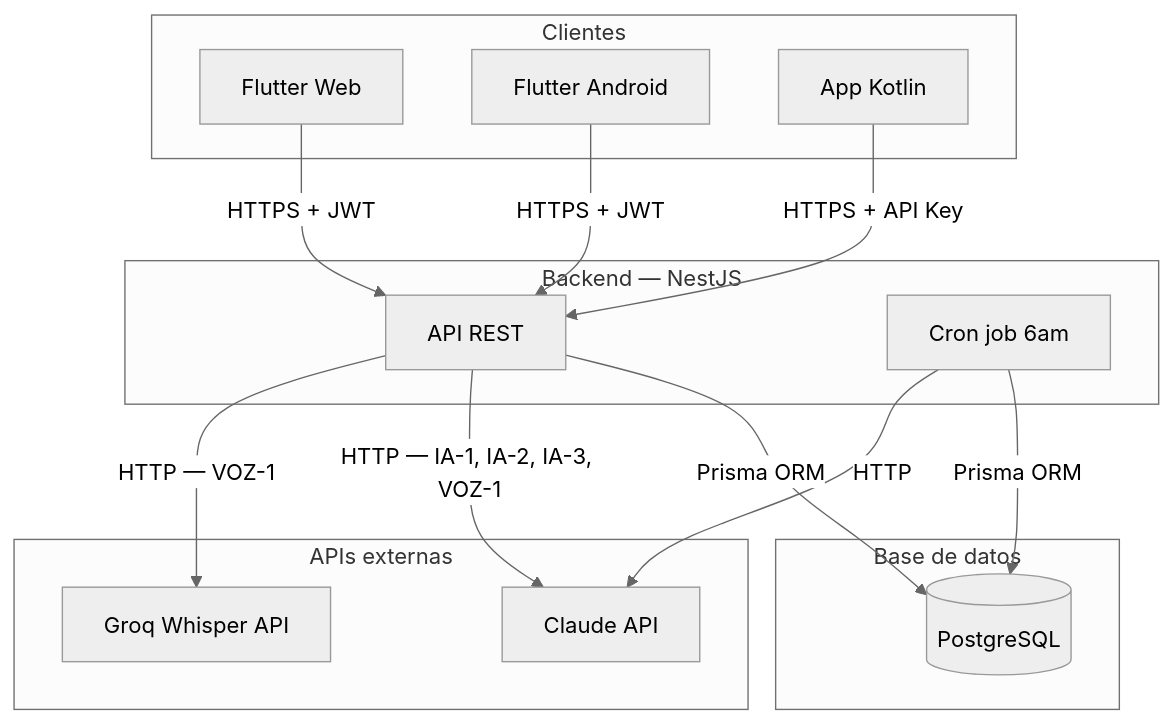
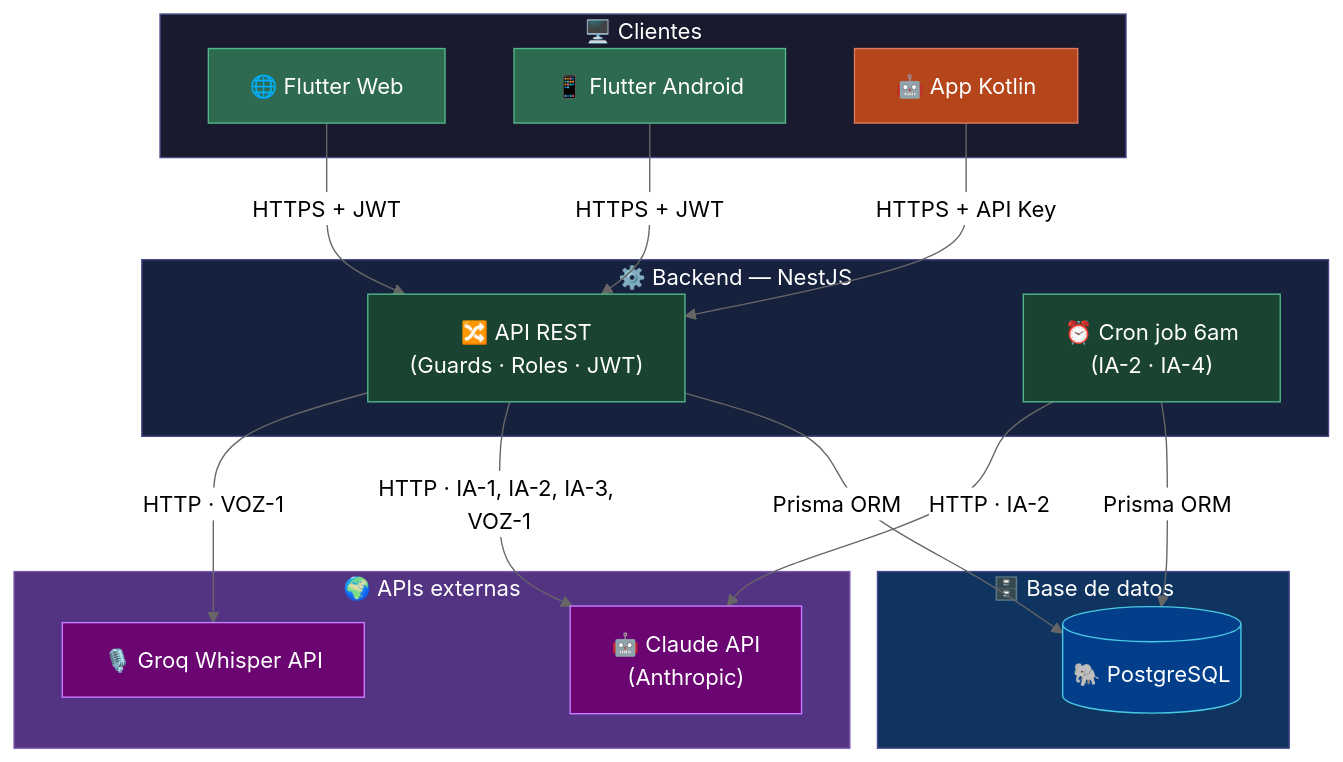
Before and after one commit to JosepRivera/smartbite-api: the first of 5 diagrams in docs/architecture.md, drawn with Mermaid (neutral theme). The commit also changed other lines of this file and 17 other files, not shown here.

````diff
--- a/docs/architecture.md
+++ b/docs/architecture.md
@@ -8,33 +10,46 @@
 ```mermaid
 graph TB
-  subgraph Clientes
-    FW[Flutter Web]
-    FA[Flutter Android]
-    KA[App Kotlin]
+  subgraph Clientes["🖥️ Clientes"]
+    FW["🌐 Flutter Web"]
+    FA["📱 Flutter Android"]
+    KA["🤖 App Kotlin"]
   end
 
-  subgraph Backend["Backend — NestJS"]
-    API[API REST]
-    SCHED[Cron job 6am]
+  subgraph Backend["⚙️ Backend — NestJS"]
+    API["🔀 API REST\n(Guards · Roles · JWT)"]
+    SCHED["⏰ Cron job 6am\n(IA-2 · IA-4)"]
   end
 
-  subgraph DB["Base de datos"]
-    PG[(PostgreSQL)]
+  subgraph DB["🗄️ Base de datos"]
+    PG[("🐘 PostgreSQL")]
   end
 
-  subgraph Ext["APIs externas"]
-    CA[Claude API]
-    GW[Groq Whisper API]
+  subgraph Ext["🌍 APIs externas"]
+    CA["🤖 Claude API\n(Anthropic)"]
+    GW["🎙️ Groq Whisper API"]
   end
 
-  FW -->|HTTPS + JWT| API
-  FA -->|HTTPS + JWT| API
-  KA -->|HTTPS + API Key| API
+  FW -->|"HTTPS + JWT"| API
+  FA -->|"HTTPS + JWT"| API
+  KA -->|"HTTPS + API Key"| API
 
-  API -->|Prisma ORM| PG
-  SCHED -->|Prisma ORM| PG
-  SCHED -->|HTTP| CA
+  API -->|"Prisma ORM"| PG
+  SCHED -->|"Prisma ORM"| PG
+  SCHED -->|"HTTP · IA-2"| CA
 
-  API -->|HTTP — IA-1, IA-2, IA-3, VOZ-1| CA
-  API -->|HTTP — VOZ-1| GW
+  API -->|"HTTP · IA-1, IA-2, IA-3, VOZ-1"| CA
+  API -->|"HTTP · VOZ-1"| GW
+
+  style Clientes fill:#1a1a2e,stroke:#4a4a8a,color:#fff
+  style Backend fill:#16213e,stroke:#4a4a8a,color:#fff
+  style DB fill:#0f3460,stroke:#4a4a8a,color:#fff
+  style Ext fill:#533483,stroke:#7a5aaa,color:#fff
+  style FW fill:#2d6a4f,stroke:#52b788,color:#fff
+  style FA fill:#2d6a4f,stroke:#52b788,color:#fff
+  style KA fill:#b5451b,stroke:#e07a5f,color:#fff
+  style API fill:#1b4332,stroke:#52b788,color:#fff
+  style SCHED fill:#1b4332,stroke:#52b788,color:#fff
+  style PG fill:#023e8a,stroke:#48cae4,color:#fff
+  style CA fill:#6a0572,stroke:#c77dff,color:#fff
+  style GW fill:#6a0572,stroke:#c77dff,color:#fff
 ```
````
